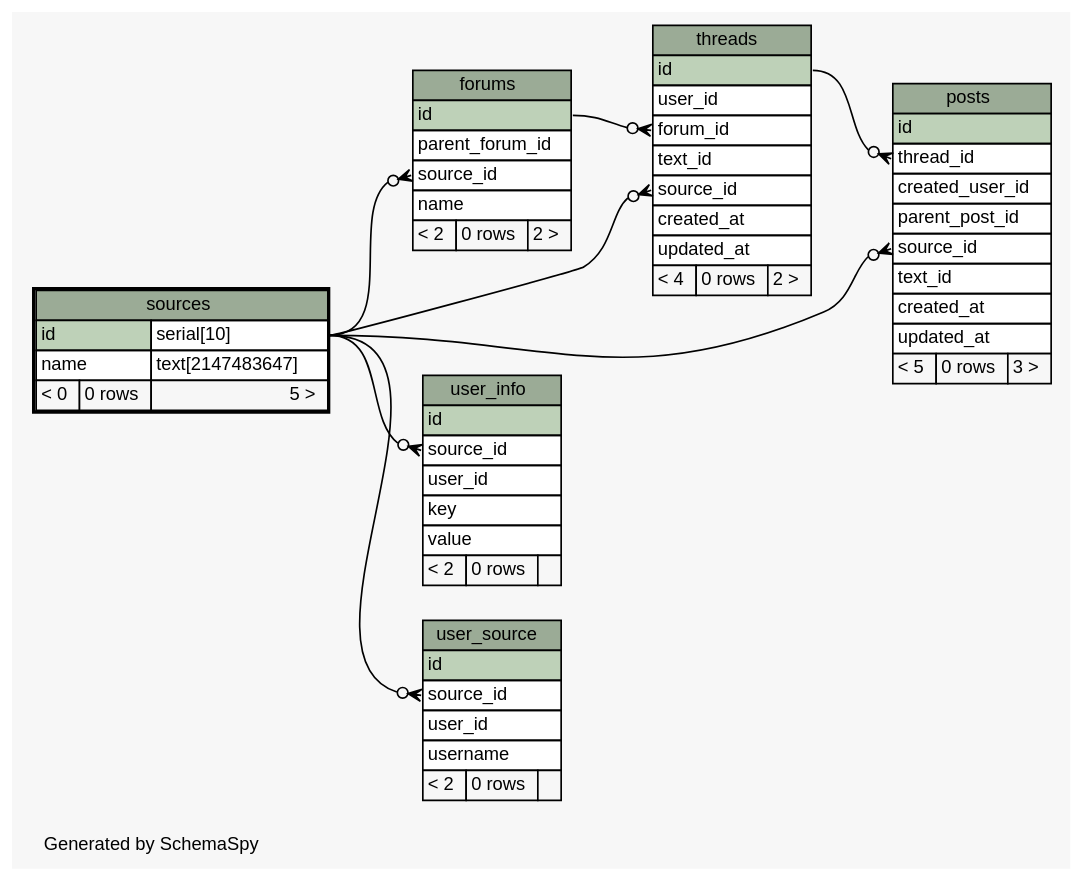
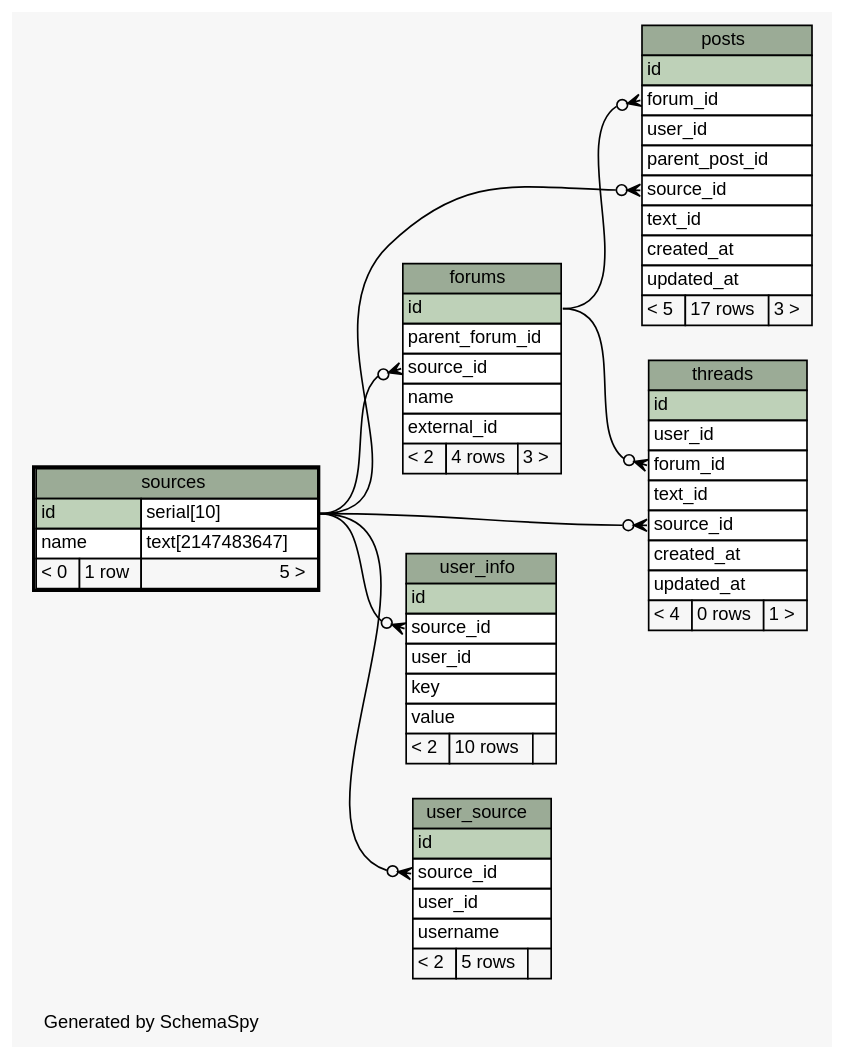
One commit to ryanaustincarlson/moocdb changed the diagram in schema/oltp/diagrams/sources.1degree.dot. Above: the diagram before and after it, drawn with Graphviz. The commit also changed 77 other files, not shown here.

Commit message:
updated oltp schema

```diff
--- a/schema/oltp/diagrams/sources.1degree.dot
+++ b/schema/oltp/diagrams/sources.1degree.dot
@@ -1,113 +1,114 @@
-// dot 2.34.0 on Mac OS X 10.8.3
+// dot 2.32.0 on Mac OS X 10.8.5
 // SchemaSpy rev 590
 digraph "oneDegreeRelationshipsDiagram" {
   graph [
     rankdir="RL"
     bgcolor="#f7f7f7"
     label="\nGenerated by SchemaSpy"
     labeljust="l"
     nodesep="0.18"
     ranksep="0.46"
     fontname="Helvetica"
     fontsize="11"
   ];
   node [
     fontname="Helvetica"
     fontsize="11"
     shape="plaintext"
   ];
   edge [
     arrowsize="0.8"
   ];
   "forums":"source_id":w -> "sources":"id.type":e [arrowhead=none dir=back arrowtail=crowodot];
+  "posts":"forum_id":w -> "forums":"id":e [arrowhead=none dir=back arrowtail=crowodot];
   "posts":"source_id":w -> "sources":"id.type":e [arrowhead=none dir=back arrowtail=crowodot];
-  "posts":"thread_id":w -> "threads":"id":e [arrowhead=none dir=back arrowtail=crowodot];
   "threads":"forum_id":w -> "forums":"id":e [arrowhead=none dir=back arrowtail=crowodot];
   "threads":"source_id":w -> "sources":"id.type":e [arrowhead=none dir=back arrowtail=crowodot];
   "user_info":"source_id":w -> "sources":"id.type":e [arrowhead=none dir=back arrowtail=crowodot];
   "user_source":"source_id":w -> "sources":"id.type":e [arrowhead=none dir=back arrowtail=crowodot];
   "forums" [
     label=<
     <TABLE BORDER="0" CELLBORDER="1" CELLSPACING="0" BGCOLOR="#ffffff">
       <TR><TD COLSPAN="3" BGCOLOR="#9bab96" ALIGN="CENTER">forums</TD></TR>
       <TR><TD PORT="id" COLSPAN="3" BGCOLOR="#bed1b8" ALIGN="LEFT">id</TD></TR>
       <TR><TD PORT="parent_forum_id" COLSPAN="3" ALIGN="LEFT">parent_forum_id</TD></TR>
       <TR><TD PORT="source_id" COLSPAN="3" ALIGN="LEFT">source_id</TD></TR>
       <TR><TD PORT="name" COLSPAN="3" ALIGN="LEFT">name</TD></TR>
-      <TR><TD ALIGN="LEFT" BGCOLOR="#f7f7f7">&lt; 2</TD><TD ALIGN="RIGHT" BGCOLOR="#f7f7f7">0 rows</TD><TD ALIGN="RIGHT" BGCOLOR="#f7f7f7">2 &gt;</TD></TR>
+      <TR><TD PORT="external_id" COLSPAN="3" ALIGN="LEFT">external_id</TD></TR>
+      <TR><TD ALIGN="LEFT" BGCOLOR="#f7f7f7">&lt; 2</TD><TD ALIGN="RIGHT" BGCOLOR="#f7f7f7">4 rows</TD><TD ALIGN="RIGHT" BGCOLOR="#f7f7f7">3 &gt;</TD></TR>
     </TABLE>>
     URL="forums.html"
     tooltip="forums"
   ];
   "posts" [
     label=<
     <TABLE BORDER="0" CELLBORDER="1" CELLSPACING="0" BGCOLOR="#ffffff">
       <TR><TD COLSPAN="3" BGCOLOR="#9bab96" ALIGN="CENTER">posts</TD></TR>
       <TR><TD PORT="id" COLSPAN="3" BGCOLOR="#bed1b8" ALIGN="LEFT">id</TD></TR>
-      <TR><TD PORT="thread_id" COLSPAN="3" ALIGN="LEFT">thread_id</TD></TR>
-      <TR><TD PORT="created_user_id" COLSPAN="3" ALIGN="LEFT">created_user_id</TD></TR>
+      <TR><TD PORT="forum_id" COLSPAN="3" ALIGN="LEFT">forum_id</TD></TR>
+      <TR><TD PORT="user_id" COLSPAN="3" ALIGN="LEFT">user_id</TD></TR>
       <TR><TD PORT="parent_post_id" COLSPAN="3" ALIGN="LEFT">parent_post_id</TD></TR>
       <TR><TD PORT="source_id" COLSPAN="3" ALIGN="LEFT">source_id</TD></TR>
       <TR><TD PORT="text_id" COLSPAN="3" ALIGN="LEFT">text_id</TD></TR>
       <TR><TD PORT="created_at" COLSPAN="3" ALIGN="LEFT">created_at</TD></TR>
       <TR><TD PORT="updated_at" COLSPAN="3" ALIGN="LEFT">updated_at</TD></TR>
-      <TR><TD ALIGN="LEFT" BGCOLOR="#f7f7f7">&lt; 5</TD><TD ALIGN="RIGHT" BGCOLOR="#f7f7f7">0 rows</TD><TD ALIGN="RIGHT" BGCOLOR="#f7f7f7">3 &gt;</TD></TR>
+      <TR><TD ALIGN="LEFT" BGCOLOR="#f7f7f7">&lt; 5</TD><TD ALIGN="RIGHT" BGCOLOR="#f7f7f7">17 rows</TD><TD ALIGN="RIGHT" BGCOLOR="#f7f7f7">3 &gt;</TD></TR>
     </TABLE>>
     URL="posts.html"
     tooltip="posts"
   ];
   "sources" [
     label=<
     <TABLE BORDER="2" CELLBORDER="1" CELLSPACING="0" BGCOLOR="#ffffff">
       <TR><TD COLSPAN="3" BGCOLOR="#9bab96" ALIGN="CENTER">sources</TD></TR>
       <TR><TD PORT="id" COLSPAN="2" BGCOLOR="#bed1b8" ALIGN="LEFT">id</TD><TD PORT="id.type" ALIGN="LEFT">serial[10]</TD></TR>
       <TR><TD PORT="name" COLSPAN="2" ALIGN="LEFT">name</TD><TD PORT="name.type" ALIGN="LEFT">text[2147483647]</TD></TR>
-      <TR><TD ALIGN="LEFT" BGCOLOR="#f7f7f7">&lt; 0</TD><TD ALIGN="RIGHT" BGCOLOR="#f7f7f7">0 rows</TD><TD ALIGN="RIGHT" BGCOLOR="#f7f7f7">5 &gt;</TD></TR>
+      <TR><TD ALIGN="LEFT" BGCOLOR="#f7f7f7">&lt; 0</TD><TD ALIGN="RIGHT" BGCOLOR="#f7f7f7">1 row</TD><TD ALIGN="RIGHT" BGCOLOR="#f7f7f7">5 &gt;</TD></TR>
     </TABLE>>
     URL="sources.html"
     tooltip="sources"
   ];
   "threads" [
     label=<
     <TABLE BORDER="0" CELLBORDER="1" CELLSPACING="0" BGCOLOR="#ffffff">
       <TR><TD COLSPAN="3" BGCOLOR="#9bab96" ALIGN="CENTER">threads</TD></TR>
       <TR><TD PORT="id" COLSPAN="3" BGCOLOR="#bed1b8" ALIGN="LEFT">id</TD></TR>
       <TR><TD PORT="user_id" COLSPAN="3" ALIGN="LEFT">user_id</TD></TR>
       <TR><TD PORT="forum_id" COLSPAN="3" ALIGN="LEFT">forum_id</TD></TR>
       <TR><TD PORT="text_id" COLSPAN="3" ALIGN="LEFT">text_id</TD></TR>
       <TR><TD PORT="source_id" COLSPAN="3" ALIGN="LEFT">source_id</TD></TR>
       <TR><TD PORT="created_at" COLSPAN="3" ALIGN="LEFT">created_at</TD></TR>
       <TR><TD PORT="updated_at" COLSPAN="3" ALIGN="LEFT">updated_at</TD></TR>
-      <TR><TD ALIGN="LEFT" BGCOLOR="#f7f7f7">&lt; 4</TD><TD ALIGN="RIGHT" BGCOLOR="#f7f7f7">0 rows</TD><TD ALIGN="RIGHT" BGCOLOR="#f7f7f7">2 &gt;</TD></TR>
+      <TR><TD ALIGN="LEFT" BGCOLOR="#f7f7f7">&lt; 4</TD><TD ALIGN="RIGHT" BGCOLOR="#f7f7f7">0 rows</TD><TD ALIGN="RIGHT" BGCOLOR="#f7f7f7">1 &gt;</TD></TR>
     </TABLE>>
     URL="threads.html"
     tooltip="threads"
   ];
   "user_info" [
     label=<
     <TABLE BORDER="0" CELLBORDER="1" CELLSPACING="0" BGCOLOR="#ffffff">
       <TR><TD COLSPAN="3" BGCOLOR="#9bab96" ALIGN="CENTER">user_info</TD></TR>
       <TR><TD PORT="id" COLSPAN="3" BGCOLOR="#bed1b8" ALIGN="LEFT">id</TD></TR>
       <TR><TD PORT="source_id" COLSPAN="3" ALIGN="LEFT">source_id</TD></TR>
       <TR><TD PORT="user_id" COLSPAN="3" ALIGN="LEFT">user_id</TD></TR>
       <TR><TD PORT="key" COLSPAN="3" ALIGN="LEFT">key</TD></TR>
       <TR><TD PORT="value" COLSPAN="3" ALIGN="LEFT">value</TD></TR>
-      <TR><TD ALIGN="LEFT" BGCOLOR="#f7f7f7">&lt; 2</TD><TD ALIGN="RIGHT" BGCOLOR="#f7f7f7">0 rows</TD><TD ALIGN="RIGHT" BGCOLOR="#f7f7f7">  </TD></TR>
+      <TR><TD ALIGN="LEFT" BGCOLOR="#f7f7f7">&lt; 2</TD><TD ALIGN="RIGHT" BGCOLOR="#f7f7f7">10 rows</TD><TD ALIGN="RIGHT" BGCOLOR="#f7f7f7">  </TD></TR>
     </TABLE>>
     URL="user_info.html"
     tooltip="user_info"
   ];
   "user_source" [
     label=<
     <TABLE BORDER="0" CELLBORDER="1" CELLSPACING="0" BGCOLOR="#ffffff">
       <TR><TD COLSPAN="3" BGCOLOR="#9bab96" ALIGN="CENTER">user_source</TD></TR>
       <TR><TD PORT="id" COLSPAN="3" BGCOLOR="#bed1b8" ALIGN="LEFT">id</TD></TR>
       <TR><TD PORT="source_id" COLSPAN="3" ALIGN="LEFT">source_id</TD></TR>
       <TR><TD PORT="user_id" COLSPAN="3" ALIGN="LEFT">user_id</TD></TR>
       <TR><TD PORT="username" COLSPAN="3" ALIGN="LEFT">username</TD></TR>
-      <TR><TD ALIGN="LEFT" BGCOLOR="#f7f7f7">&lt; 2</TD><TD ALIGN="RIGHT" BGCOLOR="#f7f7f7">0 rows</TD><TD ALIGN="RIGHT" BGCOLOR="#f7f7f7">  </TD></TR>
+      <TR><TD ALIGN="LEFT" BGCOLOR="#f7f7f7">&lt; 2</TD><TD ALIGN="RIGHT" BGCOLOR="#f7f7f7">5 rows</TD><TD ALIGN="RIGHT" BGCOLOR="#f7f7f7">  </TD></TR>
     </TABLE>>
     URL="user_source.html"
     tooltip="user_source"
   ];
 }
```
